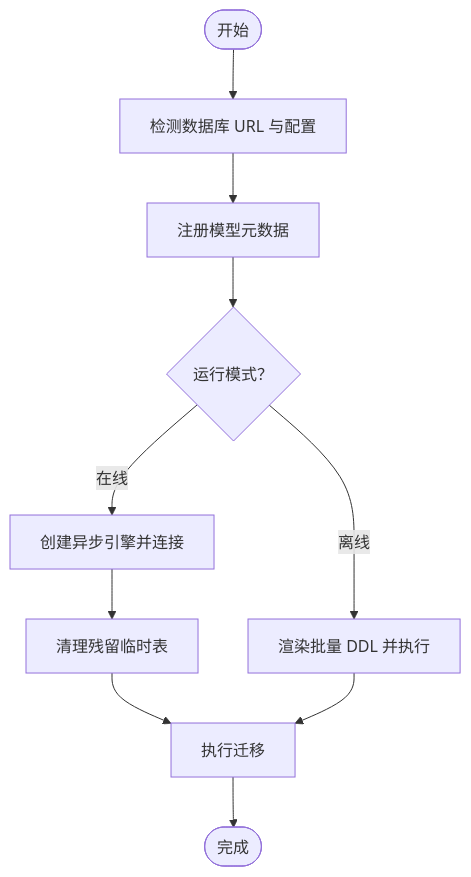
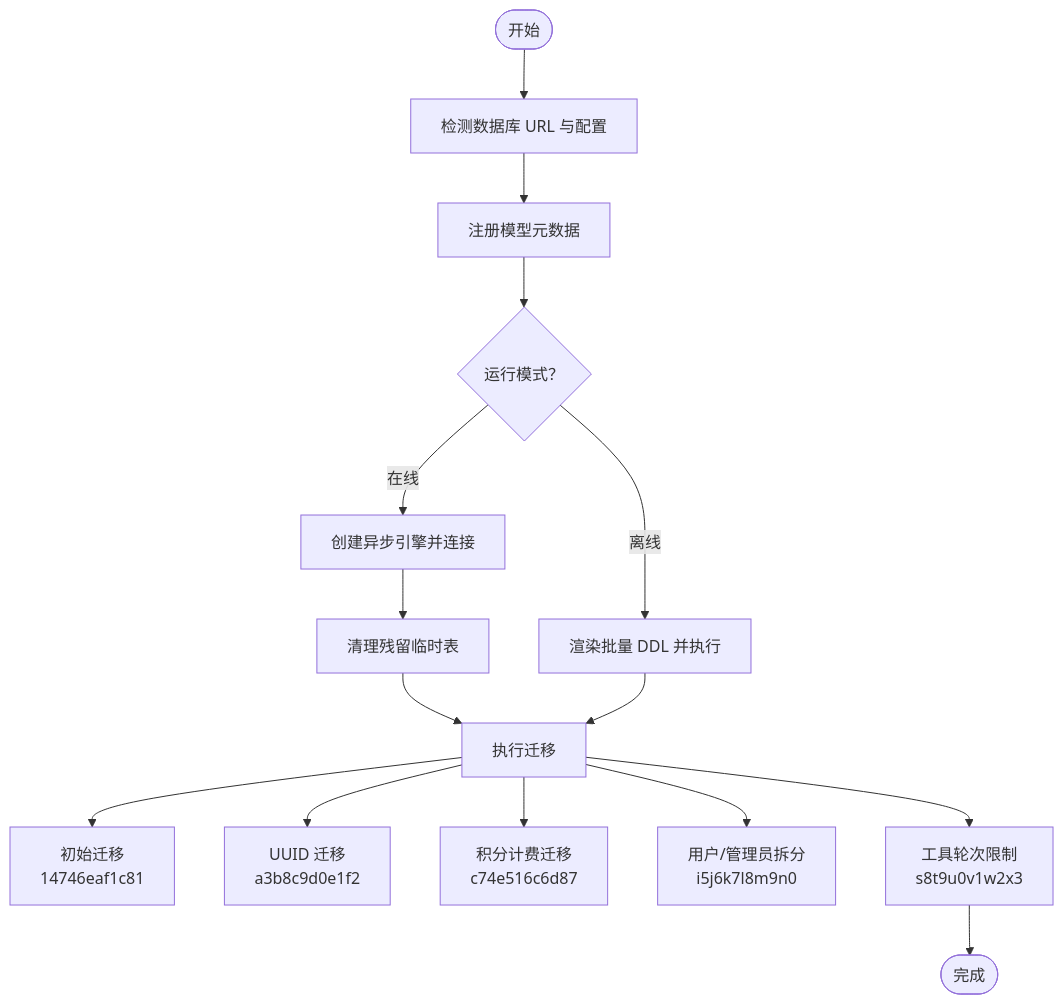
One commit to KunLabAI/KunFlix changed the fourth of 5 diagrams in .qoder/repowiki/zh/content/数据库设计.md. Above: the diagram before and after it, drawn with Mermaid. The commit also changed other lines of this file and 78 other files, not shown here.

````diff
--- a/.qoder/repowiki/zh/content/数据库设计.md
+++ b/.qoder/repowiki/zh/content/数据库设计.md
@@ -614,12 +621,17 @@
 ```mermaid
 flowchart TD
 Start(["开始"]) --> Detect["检测数据库 URL 与配置"]
 Detect --> Register["注册模型元数据"]
 Register --> Mode{"运行模式？"}
 Mode --> |离线| Offline["渲染批量 DDL 并执行"]
 Mode --> |在线| Online["创建异步引擎并连接"]
 Online --> Clean["清理残留临时表"]
 Clean --> RunMig["执行迁移"]
 Offline --> RunMig
-RunMig --> Done(["完成"])
+RunMig --> V1["初始迁移<br/>14746eaf1c81"]
+RunMig --> V2["UUID 迁移<br/>a3b8c9d0e1f2"]
+RunMig --> V3["积分计费迁移<br/>c74e516c6d87"]
+RunMig --> V4["用户/管理员拆分<br/>i5j6k7l8m9n0"]
+RunMig --> V5["工具轮次限制<br/>s8t9u0v1w2x3"]
+V5 --> Done(["完成"])
 ```
````
